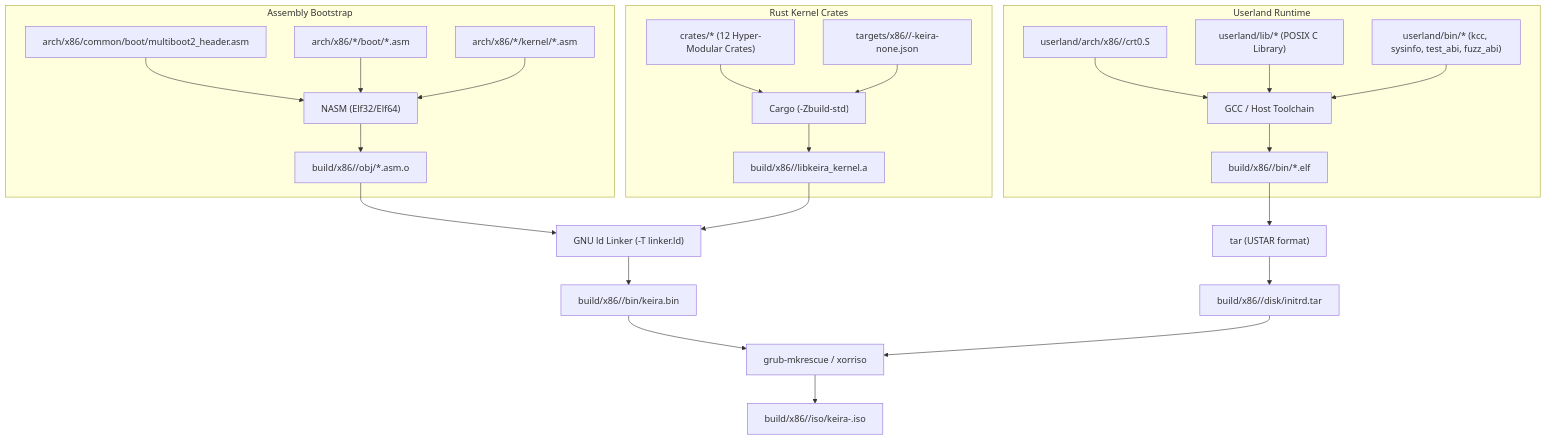
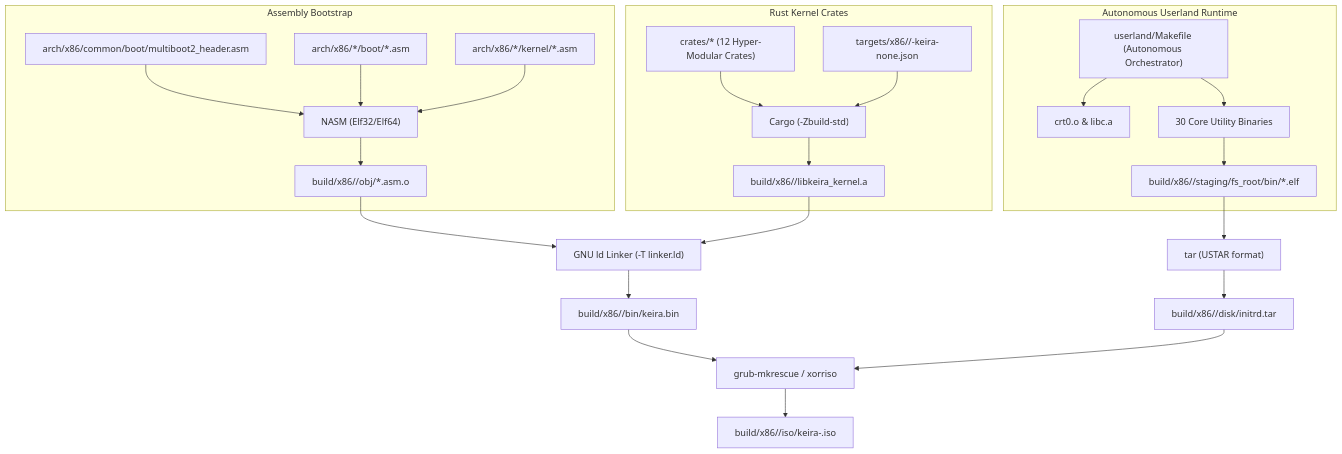
Before and after one commit to mrvlous/keira: the diagram in docs/contributing/guides/build.md, drawn with Mermaid. The commit also changed other lines of this file, not shown here.

Commit message:
docs(build): document autonomous userland pipeline and linux-style make targets

````diff
--- a/docs/contributing/guides/build.md
+++ b/docs/contributing/guides/build.md
@@ -11,33 +11,32 @@
 ```mermaid
 graph TD
     subgraph Assembly Bootstrap
         ASM_HDR["arch/x86/common/boot/multiboot2_header.asm"] --> NASM["NASM (Elf32/Elf64)"]
         ASM_BOOT["arch/x86/*/boot/*.asm"] --> NASM
         ASM_ISR["arch/x86/*/kernel/*.asm"] --> NASM
         NASM --> ASM_OBJ["build/x86/<arch>/obj/*.asm.o"]
     end
 
     subgraph Rust Kernel Crates
         RUST_CRATES["crates/* (12 Hyper-Modular Crates)"] --> CARGO["Cargo (-Zbuild-std)"]
         TARGET_SPEC["targets/x86/<arch>/<arch>-keira-none.json"] --> CARGO
         CARGO --> KERNEL_LIB["build/x86/<arch>/libkeira_kernel.a"]
     end
 
-    subgraph Userland Runtime
-        USER_ARCH["userland/arch/x86/<arch>/crt0.S"] --> USER_CC["GCC / Host Toolchain"]
-        USER_LIBC["userland/lib/* (POSIX C Library)"] --> USER_CC
-        USER_BIN["userland/bin/* (kcc, sysinfo, test_abi, fuzz_abi)"] --> USER_CC
-        USER_CC --> USER_ELFS["build/x86/<arch>/bin/*.elf"]
+    subgraph Autonomous Userland Runtime
+        USER_MAKE["userland/Makefile (Autonomous Orchestrator)"] --> USER_CRT["crt0.o & libc.a"]
+        USER_MAKE --> USER_BINS["30 Core Utility Binaries"]
+        USER_BINS --> USER_ELFS["build/x86/<arch>/staging/fs_root/bin/*.elf"]
     end
 
     ASM_OBJ --> LINKER["GNU ld Linker (-T linker.ld)"]
     KERNEL_LIB --> LINKER
     LINKER --> KERNEL_ELF["build/x86/<arch>/bin/keira.bin"]
 
     USER_ELFS --> TAR["tar (USTAR format)"]
     TAR --> INITRD["build/x86/<arch>/disk/initrd.tar"]
 
     KERNEL_ELF --> GRUB["grub-mkrescue / xorriso"]
     INITRD --> GRUB
     GRUB --> ISO["build/x86/<arch>/iso/keira-<arch>.iso"]
 ```
````
